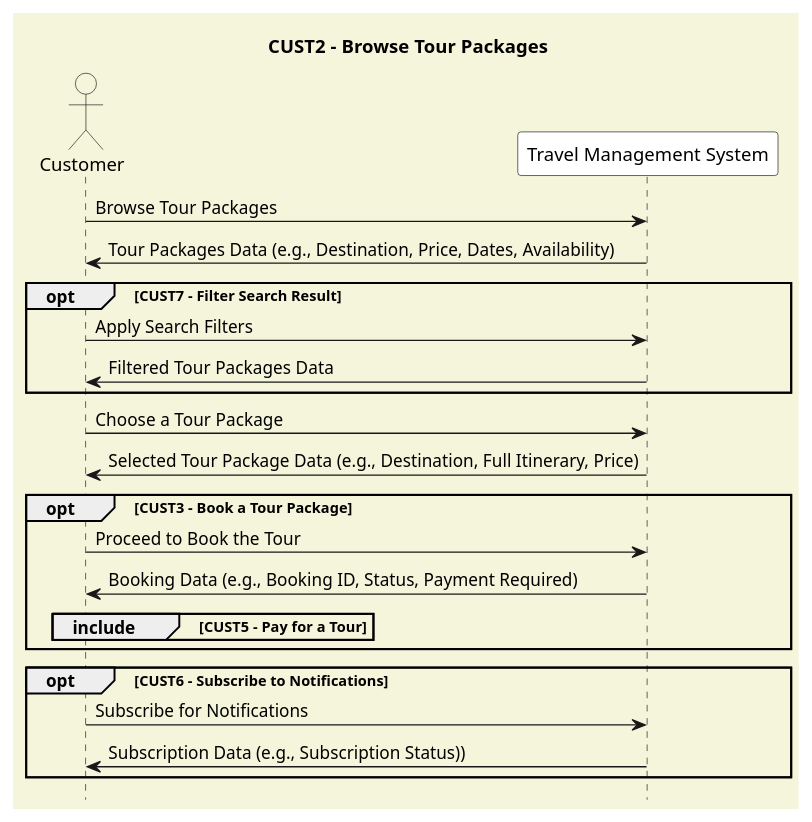
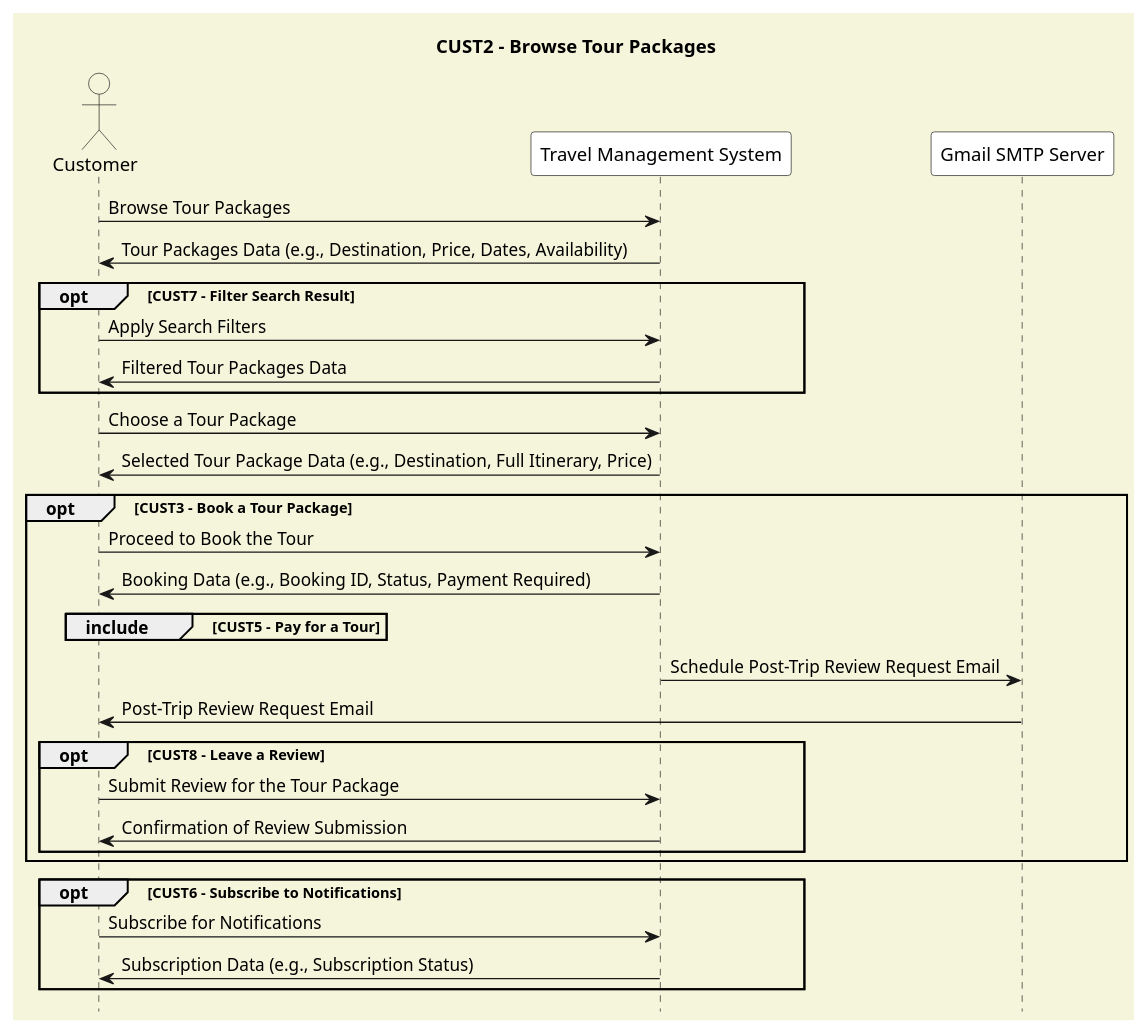
The diagram in diagrams/SSD/CUST2.puml (Hares-2088/TravelTrove), drawn with PlantUML before and after one commit. The commit also changed 13 other files, not shown here.

```diff
--- a/diagrams/SSD/CUST2.puml
+++ b/diagrams/SSD/CUST2.puml
@@ -1,34 +1,44 @@
 @startuml
 title CUST2 - Browse Tour Packages
 
 skinparam backgroundColor #F5F5DC
 hide footbox
 
 actor Customer #F5F5DC
 participant "Travel Management System" as TMS #FFFFFF
+participant "Gmail SMTP Server" as SMTP #FFFFFF
 
 Customer -> TMS : Browse Tour Packages
 TMS -> Customer : Tour Packages Data (e.g., Destination, Price, Dates, Availability)
 
 opt CUST7 - Filter Search Result
     Customer -> TMS : Apply Search Filters
     TMS -> Customer : Filtered Tour Packages Data
 end
 
 Customer -> TMS : Choose a Tour Package
 TMS -> Customer : Selected Tour Package Data (e.g., Destination, Full Itinerary, Price)
 
 opt CUST3 - Book a Tour Package
     Customer -> TMS : Proceed to Book the Tour
     TMS -> Customer : Booking Data (e.g., Booking ID, Status, Payment Required)
 
     group include [CUST5 - Pay for a Tour]
     end
+
+    TMS -> SMTP : Schedule Post-Trip Review Request Email
+    SMTP -> Customer : Post-Trip Review Request Email
+    opt CUST8 - Leave a Review
+        Customer -> TMS : Submit Review for the Tour Package
+        TMS -> Customer : Confirmation of Review Submission
+    end
 end
+
+
 
 opt CUST6 - Subscribe to Notifications
     Customer -> TMS : Subscribe for Notifications
-    TMS -> Customer : Subscription Data (e.g., Subscription Status))
+    TMS -> Customer : Subscription Data (e.g., Subscription Status)
 end
 
 @enduml
```
